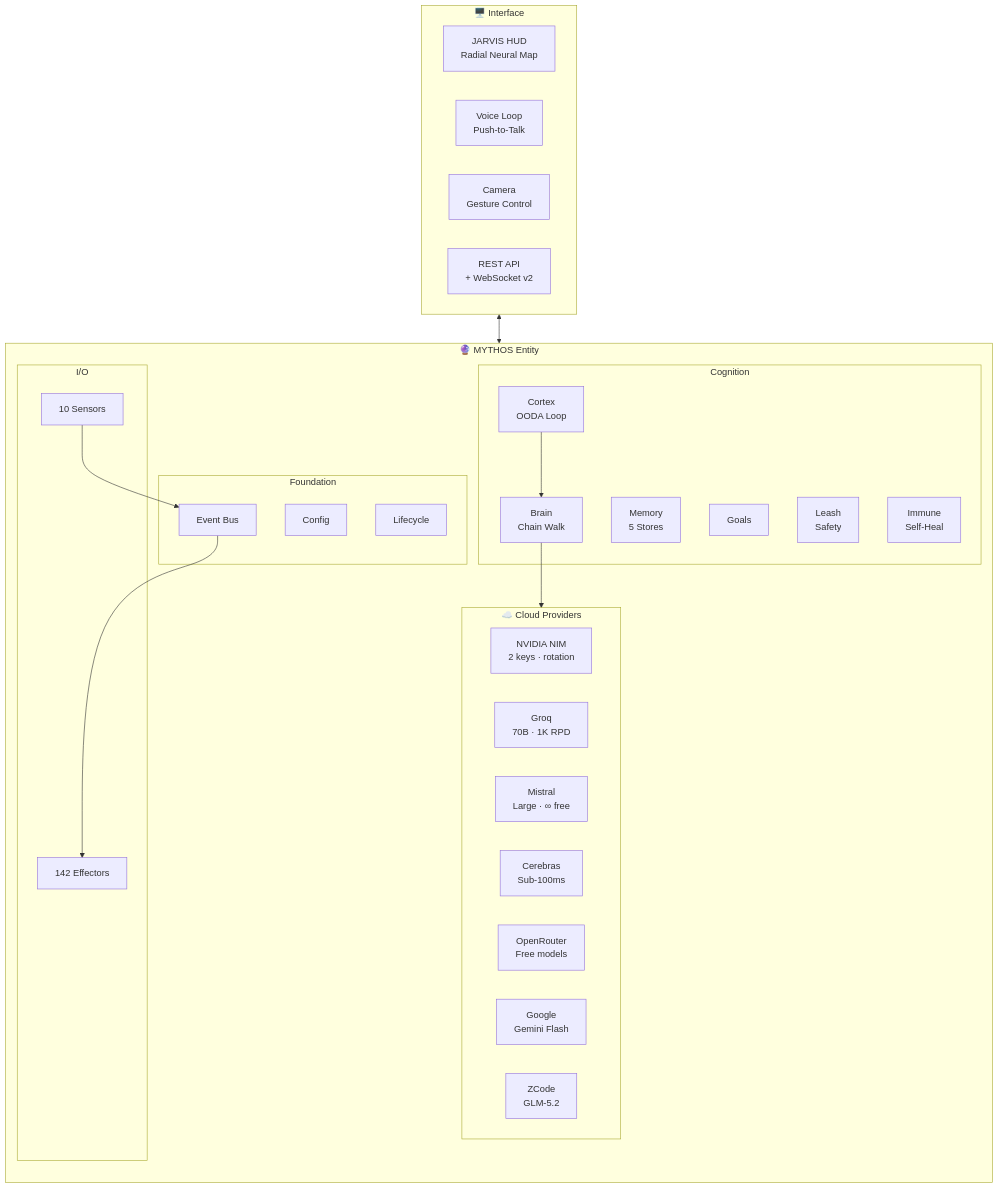
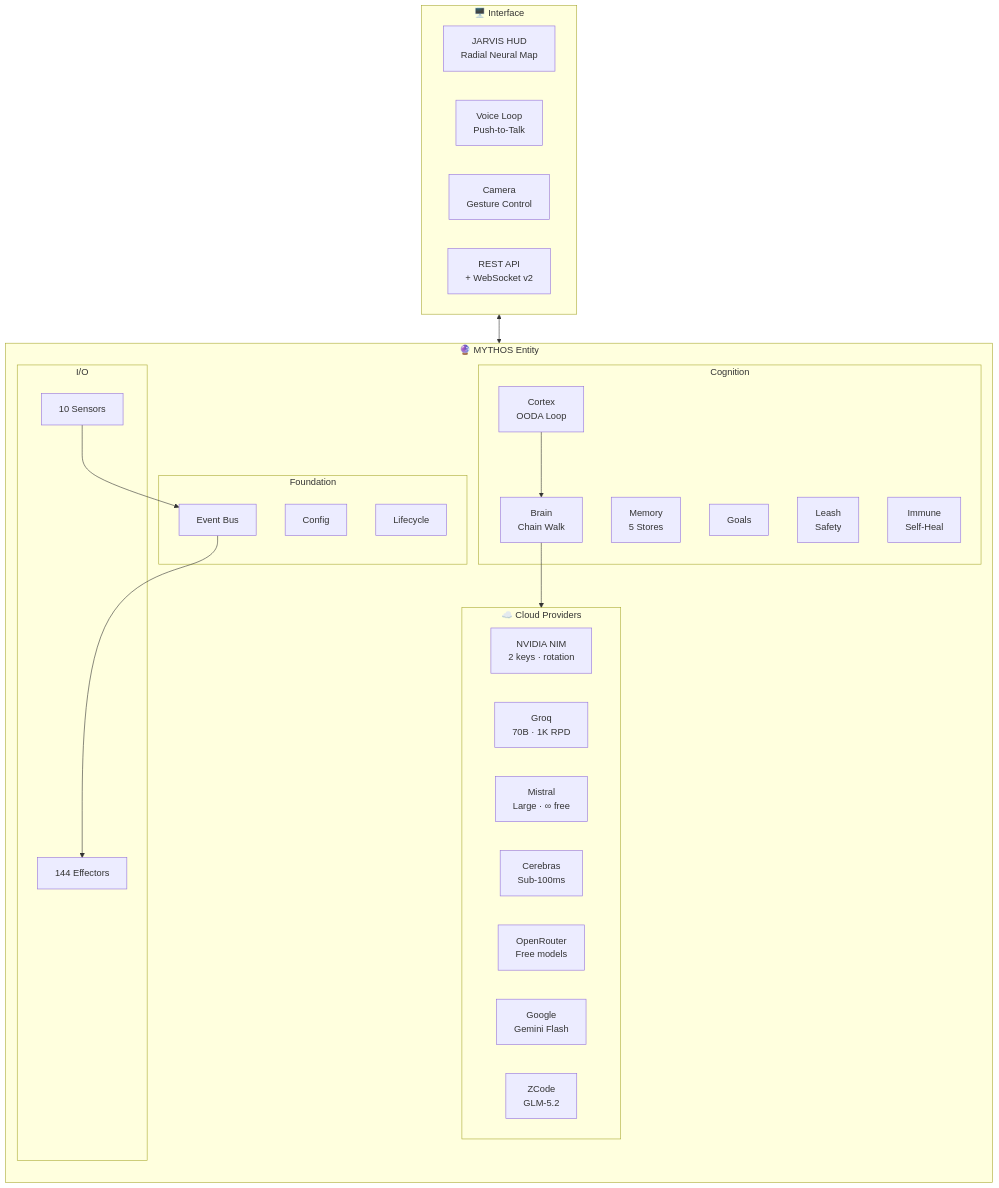
Before and after one commit to HailLucifer666/Agent_OS: the first of 11 diagrams in README.md, drawn with Mermaid. The commit also changed other lines of this file and 12 other files, not shown here.

````diff
--- a/README.md
+++ b/README.md
@@ -48,45 +48,45 @@
 ```mermaid
 flowchart TB
     subgraph Cloud["☁️ Cloud Providers"]
         direction LR
         NIM["NVIDIA NIM<br/>2 keys · rotation"]
         GQ["Groq<br/>70B · 1K RPD"]
         MI["Mistral<br/>Large · ∞ free"]
         CE["Cerebras<br/>Sub-100ms"]
         OR["OpenRouter<br/>Free models"]
         GOOG["Google<br/>Gemini Flash"]
         ZC["ZCode<br/>GLM-5.2"]
     end
 
     subgraph MYTHOS["🔮 MYTHOS Entity"]
         direction TB
         subgraph Foundation["Foundation"]
             CFG["Config"]
             BUS["Event Bus"]
             LIFE["Lifecycle"]
         end
         subgraph Cognition["Cognition"]
             CORT["Cortex<br/>OODA Loop"]
             BRN["Brain<br/>Chain Walk"]
             MEM["Memory<br/>5 Stores"]
             GOAL["Goals"]
             LEASH["Leash<br/>Safety"]
             IMM["Immune<br/>Self-Heal"]
         end
         subgraph IOLayer["I/O"]
             SENS["10 Sensors"]
-            EFF["142 Effectors"]
+            EFF["144 Effectors"]
         end
         CORT --> BRN --> Cloud
         SENS --> BUS --> EFF
     end
 
     subgraph Interface["🖥️ Interface"]
         HUD["JARVIS HUD<br/>Radial Neural Map"]
         VOICE["Voice Loop<br/>Push-to-Talk"]
         CAM["Camera<br/>Gesture Control"]
         API["REST API<br/>+ WebSocket v2"]
     end
 
     Interface <--> MYTHOS
 ```
````
